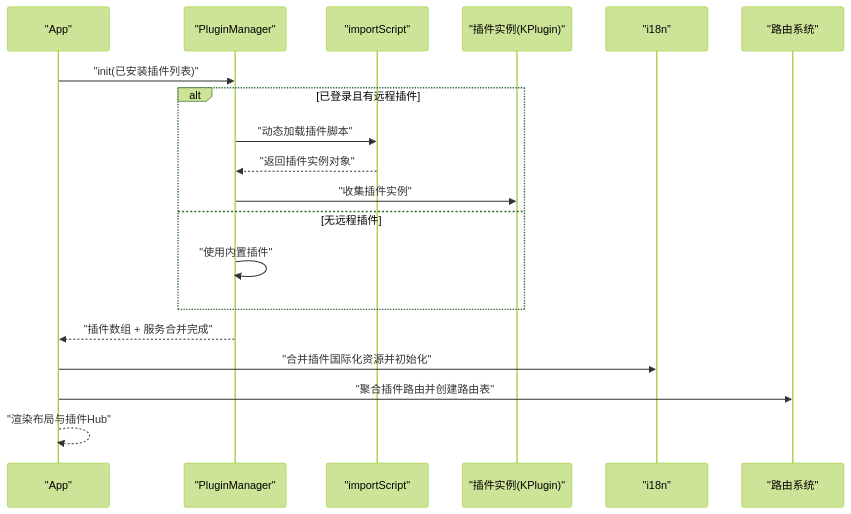
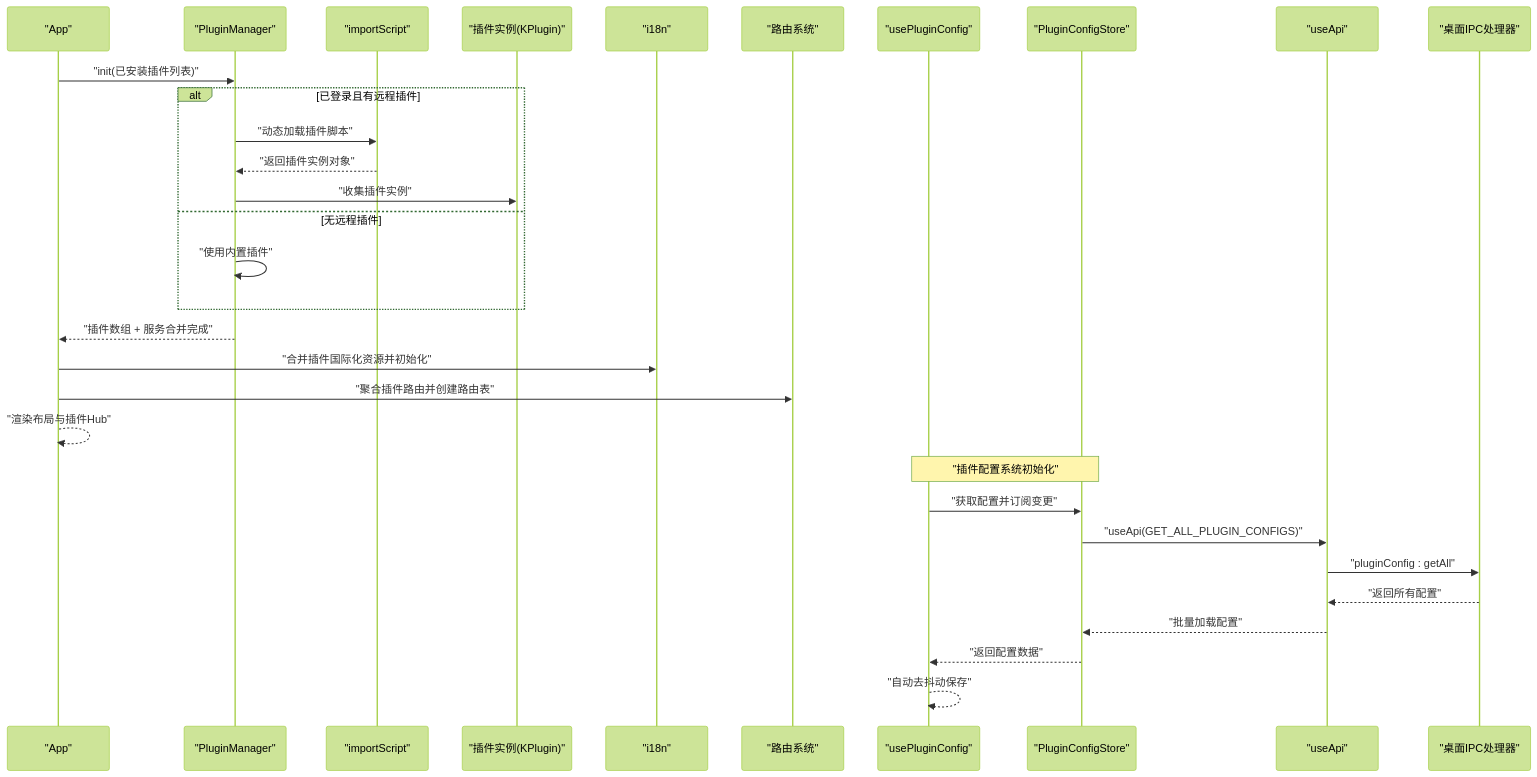
One commit to LRF0422/Kotion changed the second of 17 diagrams in .qoder/repowiki/zh/content/插件开发/插件集成与配置.md. Above: the diagram before and after it, drawn with Mermaid (forest theme). The commit also changed other lines of this file and 75 other files, not shown here.

````diff
--- a/.qoder/repowiki/zh/content/插件开发/插件集成与配置.md
+++ b/.qoder/repowiki/zh/content/插件开发/插件集成与配置.md
@@ -136,21 +184,33 @@
 ```mermaid
 sequenceDiagram
 participant APP as "App"
 participant PM as "PluginManager"
 participant IU as "importScript"
 participant PL as "插件实例(KPlugin)"
 participant LO as "i18n"
 participant RT as "路由系统"
+participant UPC as "usePluginConfig"
+participant PCS as "PluginConfigStore"
+participant API as "useApi"
+participant IPC as "桌面IPC处理器"
 APP->>PM : "init(已安装插件列表)"
 alt 已登录且有远程插件
 PM->>IU : "动态加载插件脚本"
 IU-->>PM : "返回插件实例对象"
 PM->>PL : "收集插件实例"
 else 无远程插件
 PM->>PM : "使用内置插件"
 end
 PM-->>APP : "插件数组 + 服务合并完成"
 APP->>LO : "合并插件国际化资源并初始化"
 APP->>RT : "聚合插件路由并创建路由表"
 APP-->>APP : "渲染布局与插件Hub"
+Note over UPC,PCS : "插件配置系统初始化"
+UPC->>PCS : "获取配置并订阅变更"
+PCS->>API : "useApi(GET_ALL_PLUGIN_CONFIGS)"
+API->>IPC : "pluginConfig : getAll"
+IPC-->>API : "返回所有配置"
+API-->>PCS : "批量加载配置"
+PCS-->>UPC : "返回配置数据"
+UPC-->>UPC : "自动去抖动保存"
 ```
````
